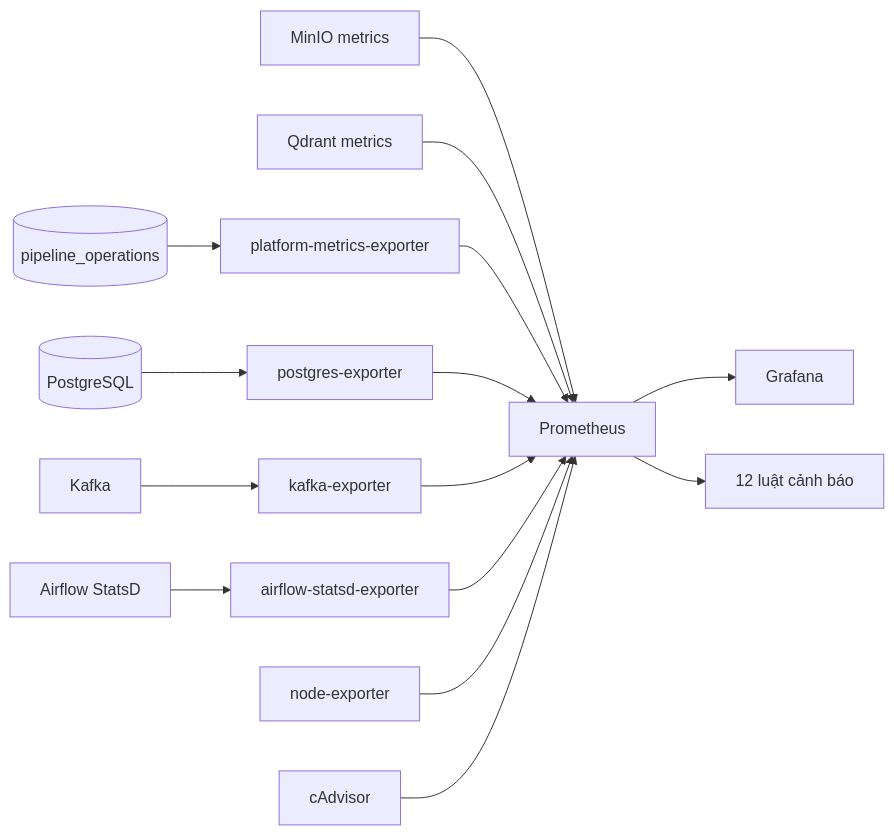
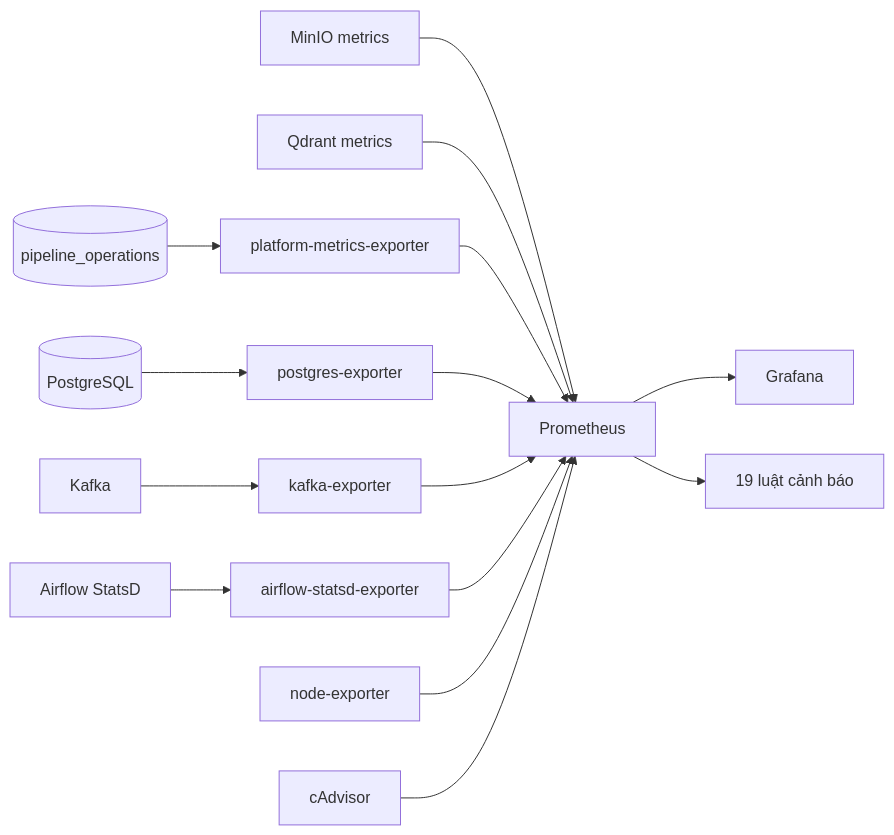
Before and after one commit to minhphu05/financial-news: the fourth of 4 diagrams in docs/demo-guide-vi.md, drawn with Mermaid. The commit also changed other lines of this file and 19 other files, not shown here.

````diff
--- a/docs/demo-guide-vi.md
+++ b/docs/demo-guide-vi.md
@@ -139,17 +173,17 @@
 ```mermaid
 flowchart LR
     OPS[(pipeline_operations)] --> PE[platform-metrics-exporter]
     PG[(PostgreSQL)] --> PGE[postgres-exporter]
     KF[Kafka] --> KFE[kafka-exporter]
     AF[Airflow StatsD] --> AFE[airflow-statsd-exporter]
     MI[MinIO metrics] --> P[Prometheus]
     QD[Qdrant metrics] --> P
     PE --> P
     PGE --> P
     KFE --> P
     AFE --> P
     NE[node-exporter] --> P
     CA[cAdvisor] --> P
     P --> G[Grafana]
-    P --> R[12 luật cảnh báo]
+    P --> R[19 luật cảnh báo]
 ```
````
